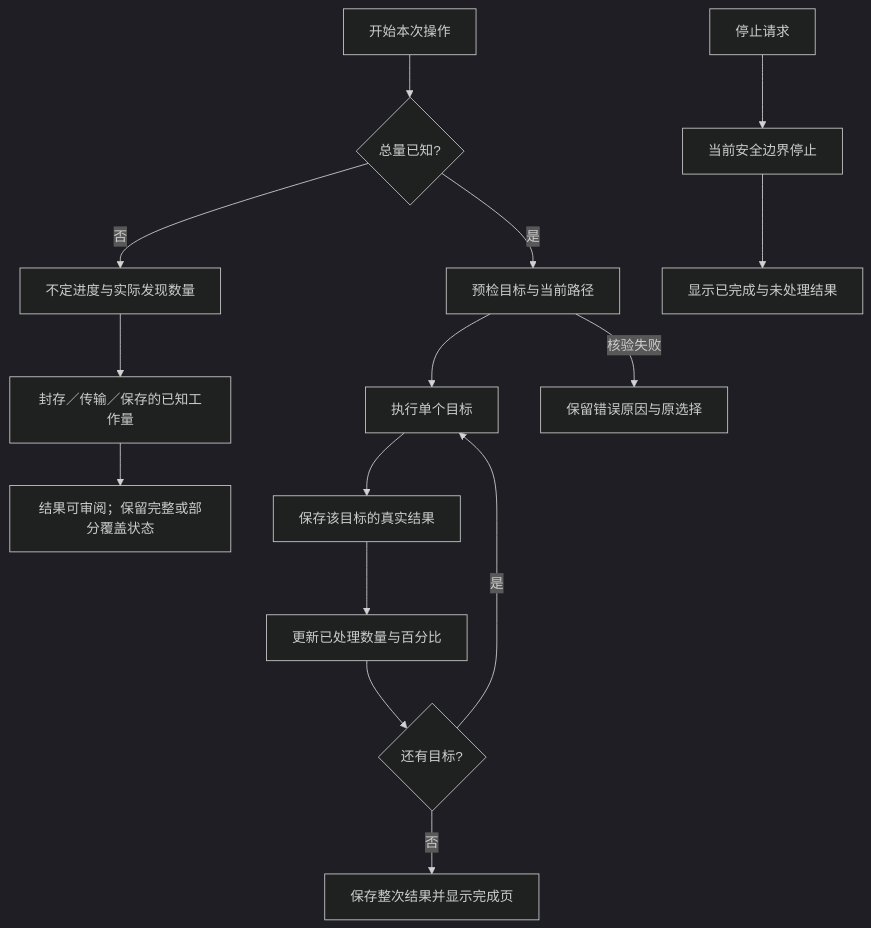
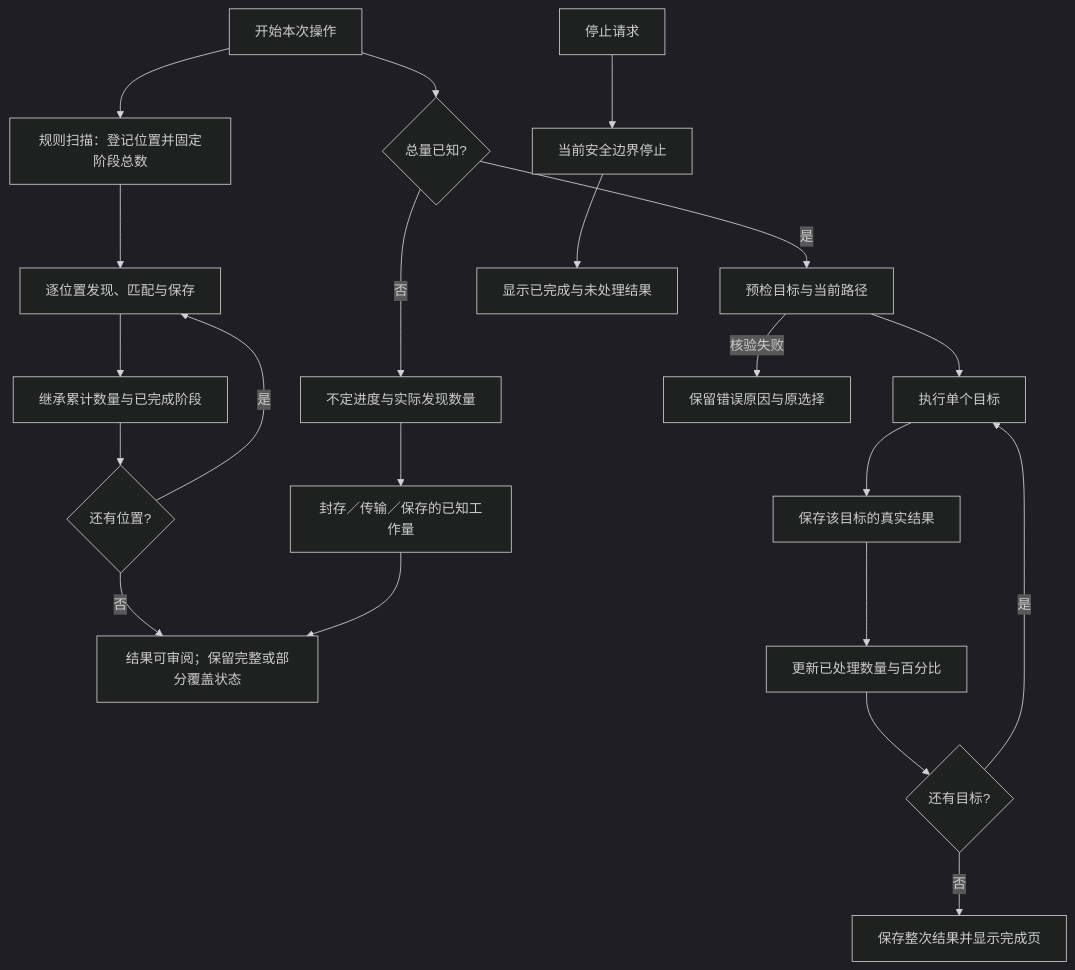
One commit to limecloud/shou changed the second of 4 diagrams in docs/zh-CN/product/operation-progress.md. Above: the diagram before and after it, drawn with Mermaid (dark theme). The commit also changed other lines of this file and 50 other files, not shown here.

Commit message:
Release v0.8.0 with compact desktop layouts and cumulative scan progress

````diff
--- a/docs/zh-CN/product/operation-progress.md
+++ b/docs/zh-CN/product/operation-progress.md
@@ -48,17 +54,23 @@
 ```mermaid
 flowchart TD
   Start[开始本次操作] --> Known{总量已知?}
+  Start --> Register[规则扫描：登记位置并固定阶段总数]
+  Register --> ScanLocation[逐位置发现、匹配与保存]
+  ScanLocation --> Cumulative[继承累计数量与已完成阶段]
+  Cumulative --> NextLocation{还有位置?}
+  NextLocation -->|是| ScanLocation
+  NextLocation -->|否| Ready
   Known -->|否| Discover[不定进度与实际发现数量]
   Discover --> Stage[封存／传输／保存的已知工作量]
   Stage --> Ready[结果可审阅；保留完整或部分覆盖状态]
   Known -->|是| Check[预检目标与当前路径]
   Check --> Work[执行单个目标]
   Work --> Save[保存该目标的真实结果]
   Save --> Count[更新已处理数量与百分比]
   Count --> More{还有目标?}
   More -->|是| Work
   More -->|否| Finish[保存整次结果并显示完成页]
   Stop[停止请求] --> Boundary[当前安全边界停止]
   Boundary --> Partial[显示已完成与未处理结果]
   Check -->|核验失败| Error[保留错误原因与原选择]
 ```
````
